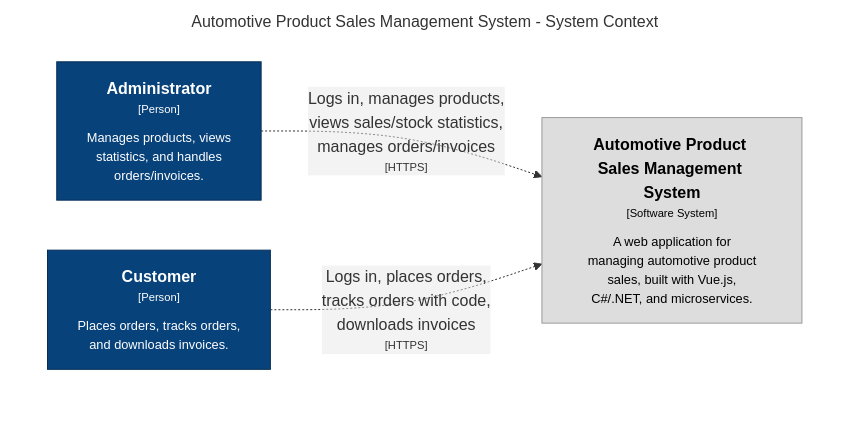
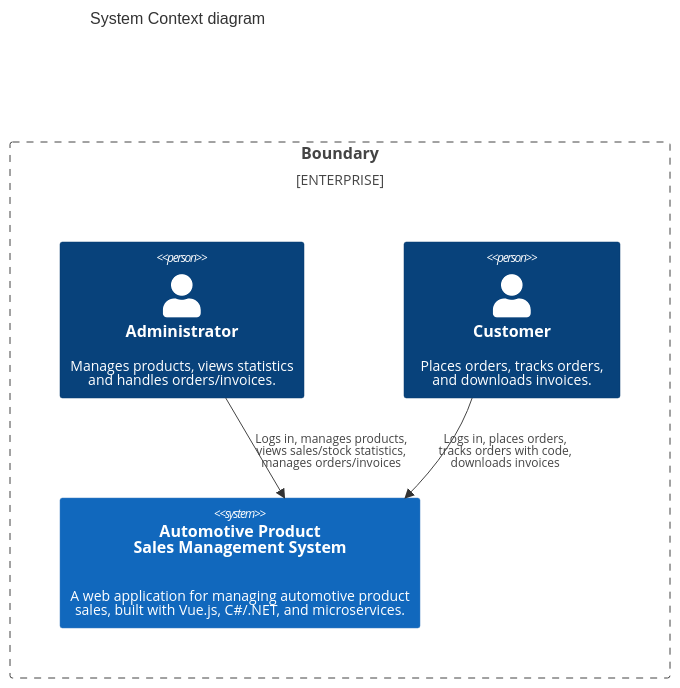
Before and after one commit to StockHunters/Project-Report: the first of 11 diagrams in README.md, drawn with Mermaid. The commit also changed other lines of this file, not shown here.

Commit message:
testing graphs 3

```diff
--- a/README.md
+++ b/README.md
@@ -770,18 +767,13 @@
   ~~~mermaid
-    graph TB
-  linkStyle default fill:#ffffff
+  C4Context
+  title System Context diagram
+  Enterprise_Boundary(b0, "Boundary"){
+    Person(Administrator, "Administrator", "Manages products, views statistics<br> and handles orders/invoices.")
+    Person(Customer, "Customer", $descr="Places orders, tracks orders,<br> and downloads invoices.")
+    System(AutomotiveProductSalesManagementSystem, "Automotive Product<br> Sales Management System", $descr="A web application for managing automotive product<br> sales, built with Vue.js, C#/.NET, and microservices.")
+  }
+  Rel(Administrator, AutomotiveProductSalesManagementSystem, "Logs in, manages products,<br> views sales/stock statistics,<br> manages orders/invoices")
+  Rel(Customer, AutomotiveProductSalesManagementSystem, "Logs in, places orders,<br> tracks orders with code,<br> downloads invoices")
 
-  subgraph diagram ["Automotive Product Sales Management System - System Context"]
-    style diagram fill:#ffffff,stroke:#ffffff
-
-    1["<div style='font-weight: bold'>Administrator</div><div style='font-size: 70%; margin-top: 0px'>[Person]</div><div style='font-size: 80%; margin-top:10px'>Manages products, views<br />statistics, and handles<br />orders/invoices.</div>"]
-    style 1 fill:#08427b,stroke:#052e56,color:#ffffff
-    2["<div style='font-weight: bold'>Customer</div><div style='font-size: 70%; margin-top: 0px'>[Person]</div><div style='font-size: 80%; margin-top:10px'>Places orders, tracks orders,<br />and downloads invoices.</div>"]
-    style 2 fill:#08427b,stroke:#052e56,color:#ffffff
-    3["<div style='font-weight: bold'>Automotive Product Sales Management System</div><div style='font-size: 70%; margin-top: 0px'>[Software System]</div><div style='font-size: 80%; margin-top:10px'>A web application for<br />managing automotive product<br />sales, built with Vue.js,<br />C#/.NET, and microservices.</div>"]
-    style 3 fill:#dddddd,stroke:#9a9a9a,color:#000000
-
-    1-. "<div>Logs in, manages products,<br />views sales/stock statistics,<br />manages orders/invoices</div><div style='font-size: 70%'>[HTTPS]</div>" .->3
-    2-. "<div>Logs in, places orders,<br />tracks orders with code,<br />downloads invoices</div><div style='font-size: 70%'>[HTTPS]</div>" .->3
-  end
+  UpdateLayoutConfig($c4ShapeInRow="2", $c4BoundaryInRow="1")
   ~~~
```
